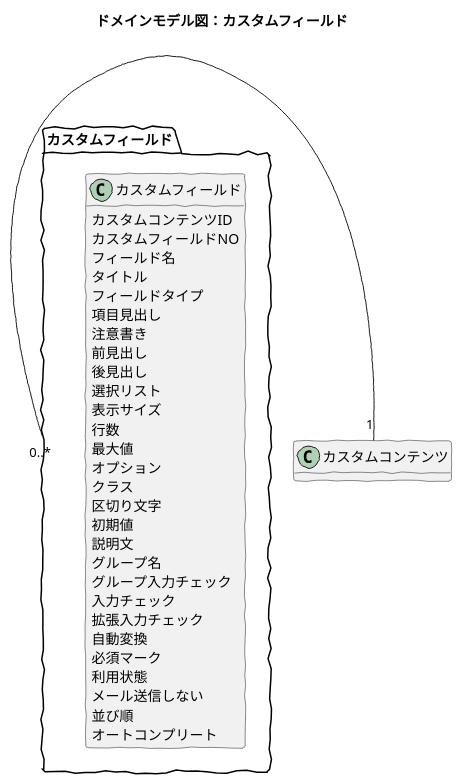
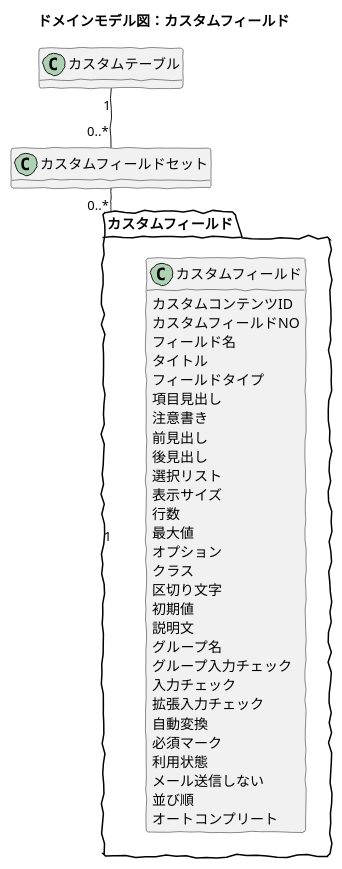
Before and after one commit to baserproject/baserproject.github.io: the diagram in src/puml/5/ucmitz/svg/domain_model/bc-custom-content/custom_fields.puml, drawn with PlantUML. The commit also changed 30 other files, not shown here.

```diff
--- a/src/puml/5/ucmitz/svg/domain_model/bc-custom-content/custom_fields.puml
+++ b/src/puml/5/ucmitz/svg/domain_model/bc-custom-content/custom_fields.puml
@@ -1,45 +1,46 @@
 @startuml
 skinparam handwritten true
 skinparam backgroundColor white
 hide method
 
 title ドメインモデル図：カスタムフィールド
 
 package カスタムフィールド {
 	
 	class カスタムフィールド {
 		カスタムコンテンツID
 		カスタムフィールドNO
 		フィールド名
 		タイトル
 		フィールドタイプ
 		項目見出し
 		注意書き
 		前見出し
 		後見出し
 		選択リスト
 		表示サイズ
 		行数
 		最大値
 		オプション
 		クラス
 		区切り文字
 		初期値
 		説明文
 		グループ名
 		グループ入力チェック
 		入力チェック
 		拡張入力チェック
 		自動変換
 		必須マーク
 		利用状態
 		メール送信しない
 		並び順
 		オートコンプリート
 	}
 
 }
 
-カスタムフィールド "0..*" -right- "1" カスタムコンテンツ
+カスタムフィールド "1" -up- "0..*" カスタムフィールドセット
+カスタムフィールドセット "0..*" -up- "1" カスタムテーブル
 
 @enduml
```
